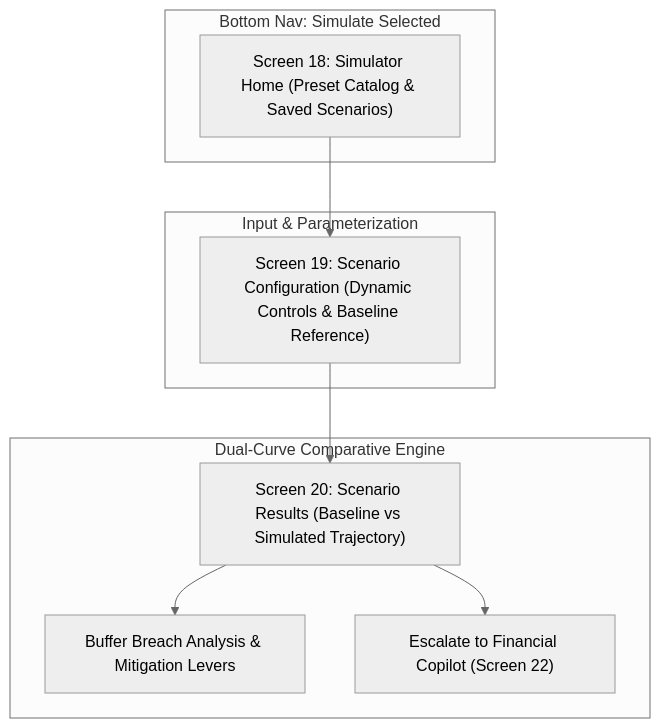
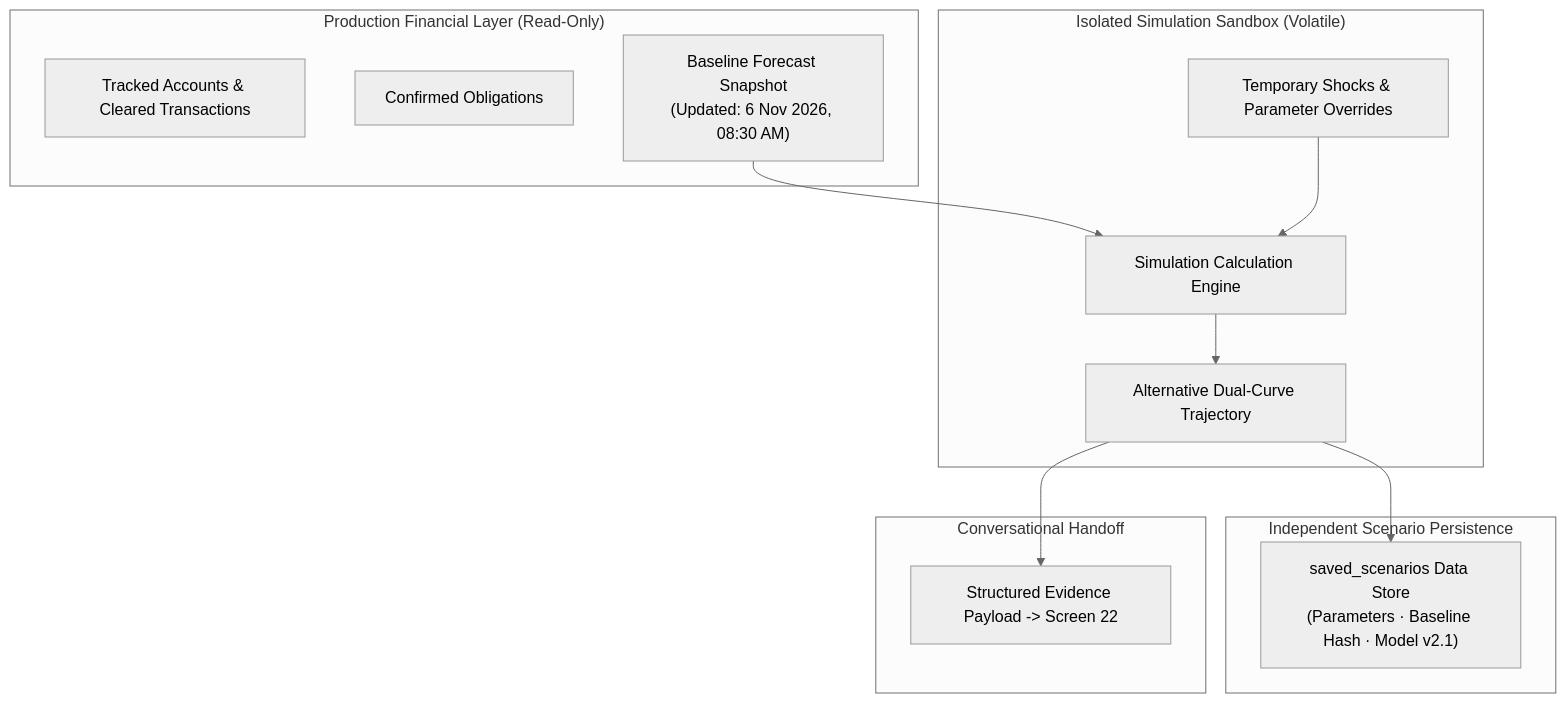
The diagram in docs/04_scenario_simulator_spec.md (AnishaPaturi/LiquidityLens_AI), drawn with Mermaid (neutral theme) before and after one commit. The commit also changed other lines of this file, not shown here.

Commit message:
v1.1 : Refine Scenario Simulator UI Specification with architectural boundaries and updated status

````diff
--- a/docs/04_scenario_simulator_spec.md
+++ b/docs/04_scenario_simulator_spec.md
@@ -12,21 +14,28 @@
 ```mermaid
 flowchart TD
-    subgraph Navigation ["Bottom Nav: Simulate Selected"]
-        SimulateRoot["Screen 18: Simulator Home (Preset Catalog & Saved Scenarios)"]
+    subgraph ProductionData ["Production Financial Layer (Read-Only)"]
+        RealAccounts["Tracked Accounts & Cleared Transactions"]
+        ConfirmedBills["Confirmed Obligations"]
+        BaselineSnapshot["Baseline Forecast Snapshot\n(Updated: 6 Nov 2026, 08:30 AM)"]
     end
 
-    subgraph Config ["Input & Parameterization"]
-        Screen19["Screen 19: Scenario Configuration (Dynamic Controls & Baseline Reference)"]
+    subgraph SimulationSandbox ["Isolated Simulation Sandbox (Volatile)"]
+        IsolatedEngine["Simulation Calculation Engine"]
+        HypotheticalShocks["Temporary Shocks & Parameter Overrides"]
+        AlternativeTrajectory["Alternative Dual-Curve Trajectory"]
     end
 
-    subgraph Analysis ["Dual-Curve Comparative Engine"]
-        Screen20["Screen 20: Scenario Results (Baseline vs Simulated Trajectory)"]
-        RiskDiagnostic["Buffer Breach Analysis & Mitigation Levers"]
-        CopilotHandoff["Escalate to Financial Copilot (Screen 22)"]
+    subgraph SeparateStorage ["Independent Scenario Persistence"]
+        SavedScenariosStore["saved_scenarios Data Store\n(Parameters · Baseline Hash · Model v2.1)"]
     end
 
-    SimulateRoot --> Screen19
-    Screen19 --> Screen20
-    Screen20 --> RiskDiagnostic
-    Screen20 --> CopilotHandoff
+    subgraph CopilotEvidence ["Conversational Handoff"]
+        CopilotBridge["Structured Evidence Payload -> Screen 22"]
+    end
+
+    BaselineSnapshot --> IsolatedEngine
+    HypotheticalShocks --> IsolatedEngine
+    IsolatedEngine --> AlternativeTrajectory
+    AlternativeTrajectory --> SavedScenariosStore
+    AlternativeTrajectory --> CopilotBridge
 ```
````
